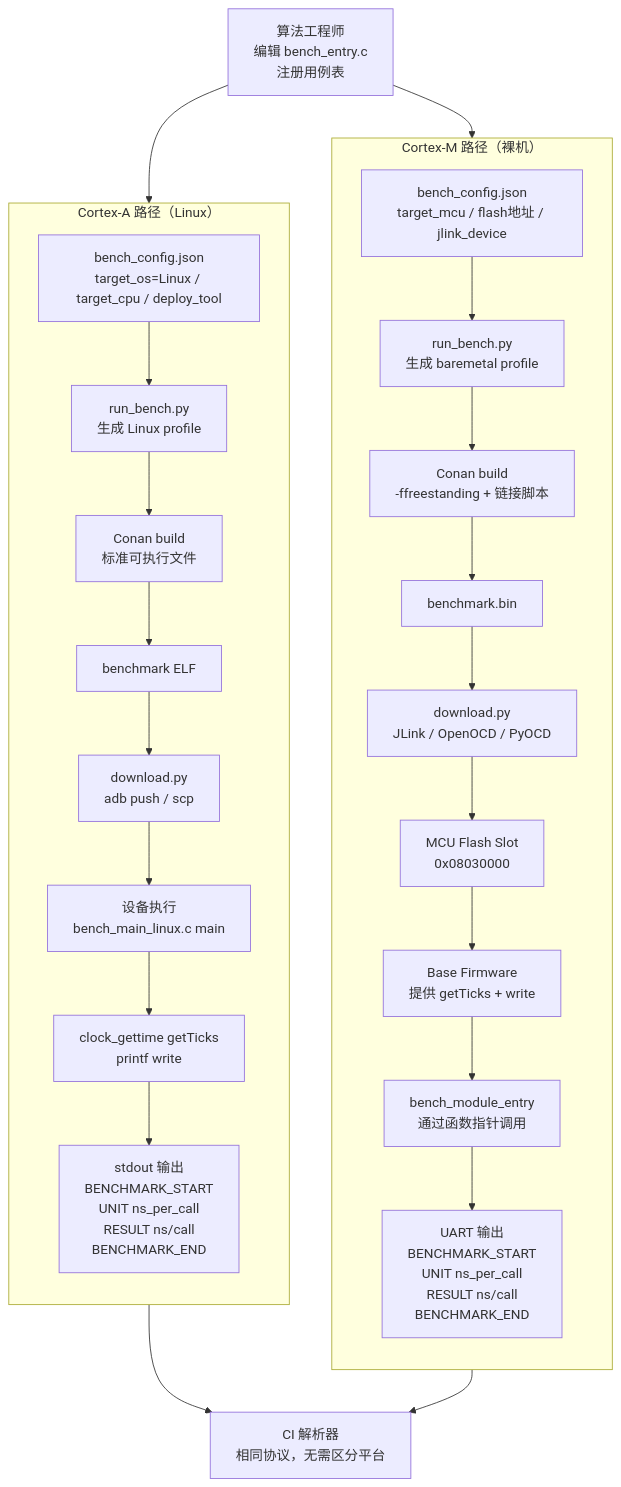
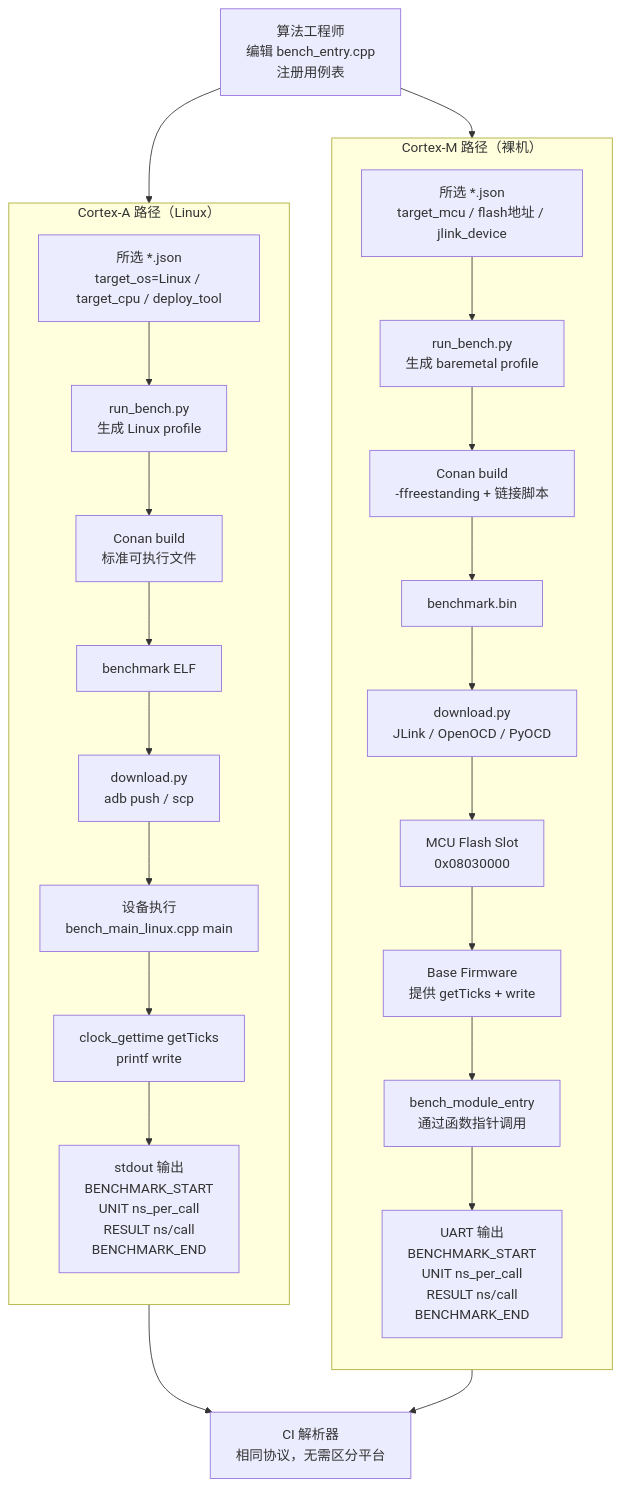
Before and after one commit to HeT-FTI/fcpp: the diagram in benchmark/README.md, drawn with Mermaid. The commit also changed other lines of this file and 12 other files, not shown here.

````diff
--- a/benchmark/README.md
+++ b/benchmark/README.md
@@ -533,31 +534,31 @@
 ```mermaid
 flowchart TD
-    E[算法工程师\n编辑 bench_entry.c\n注册用例表] --> CM
+    E[算法工程师\n编辑 bench_entry.cpp\n注册用例表] --> CM
     E --> LA
 
     subgraph CM["Cortex-M 路径（裸机）"]
         direction TB
-        CM1[bench_config.json\ntarget_mcu / flash地址 / jlink_device] --> CM2
+        CM1[所选 *.json\ntarget_mcu / flash地址 / jlink_device] --> CM2
         CM2[run_bench.py\n生成 baremetal profile] --> CM3[Conan build\n-ffreestanding + 链接脚本]
         CM3 --> CM4[benchmark.bin]
         CM4 --> CM5[download.py\nJLink / OpenOCD / PyOCD]
         CM5 --> CM6[MCU Flash Slot\n0x08030000]
         CM6 --> CM7[Base Firmware\n提供 getTicks + write]
         CM7 --> CM8[bench_module_entry\n通过函数指针调用]
         CM8 --> OUT[UART 输出\nBENCHMARK_START\nUNIT ns_per_call\nRESULT ns/call\nBENCHMARK_END]
     end
 
     subgraph LA["Cortex-A 路径（Linux）"]
         direction TB
-        LA1[bench_config.json\ntarget_os=Linux / target_cpu / deploy_tool] --> LA2
+        LA1[所选 *.json\ntarget_os=Linux / target_cpu / deploy_tool] --> LA2
         LA2[run_bench.py\n生成 Linux profile] --> LA3[Conan build\n标准可执行文件]
         LA3 --> LA4[benchmark ELF]
         LA4 --> LA5[download.py\nadb push / scp]
-        LA5 --> LA6[设备执行\nbench_main_linux.c main]
+        LA5 --> LA6[设备执行\nbench_main_linux.cpp main]
         LA6 --> LA7[clock_gettime getTicks\nprintf write]
         LA7 --> OUT2[stdout 输出\nBENCHMARK_START\nUNIT ns_per_call\nRESULT ns/call\nBENCHMARK_END]
     end
 
     OUT  --> CI[CI 解析器\n相同协议，无需区分平台]
     OUT2 --> CI
 ```
````
